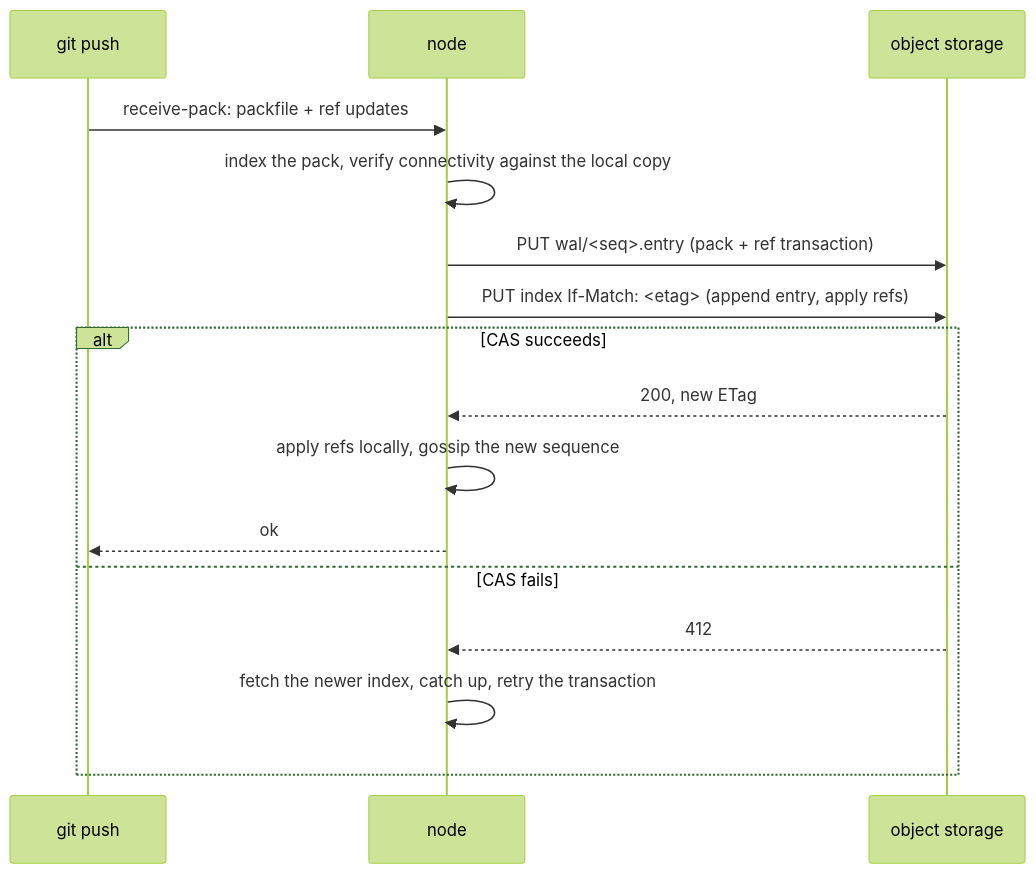
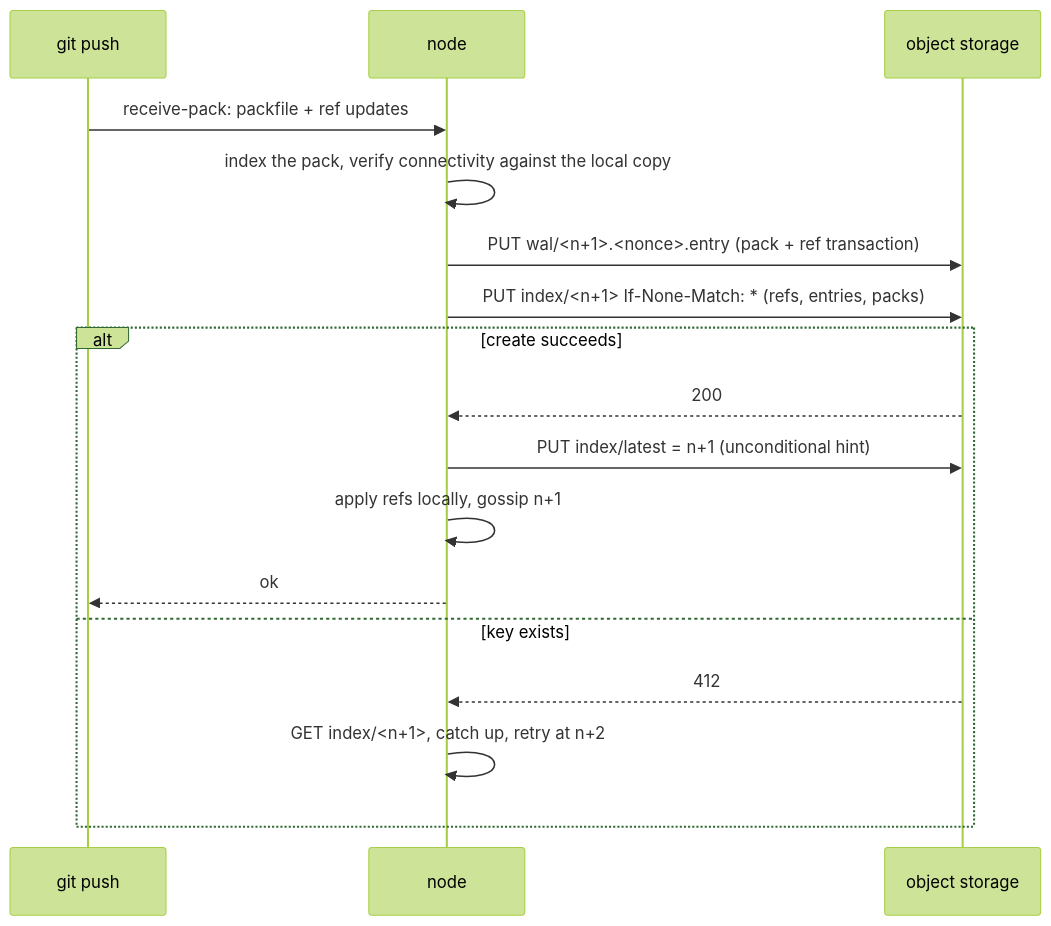
One commit to latere-ai/origo changed the second of 2 diagrams in specs/001-architecture.md. Above: the diagram before and after it, drawn with Mermaid (forest theme). The commit also changed other lines of this file and 2 other files, not shown here.

First line of the commit message:
specs: 004 commits by create-if-absent on an immutable index, 001 follows

````diff
--- a/specs/001-architecture.md
+++ b/specs/001-architecture.md
@@ -104,18 +106,19 @@
 ```mermaid
 sequenceDiagram
   participant C as git push
   participant N as node
   participant S as object storage
   C->>N: receive-pack: packfile + ref updates
   N->>N: index the pack, verify connectivity against the local copy
-  N->>S: PUT wal/<seq>.entry (pack + ref transaction)
-  N->>S: PUT index If-Match: <etag> (append entry, apply refs)
-  alt CAS succeeds
-    S-->>N: 200, new ETag
-    N->>N: apply refs locally, gossip the new sequence
+  N->>S: PUT wal/<n+1>.<nonce>.entry (pack + ref transaction)
+  N->>S: PUT index/<n+1> If-None-Match: * (refs, entries, packs)
+  alt create succeeds
+    S-->>N: 200
+    N->>S: PUT index/latest = n+1 (unconditional hint)
+    N->>N: apply refs locally, gossip n+1
     N-->>C: ok
-  else CAS fails
+  else key exists
     S-->>N: 412
-    N->>N: fetch the newer index, catch up, retry the transaction
+    N->>N: GET index/<n+1>, catch up, retry at n+2
   end
 ```
````
